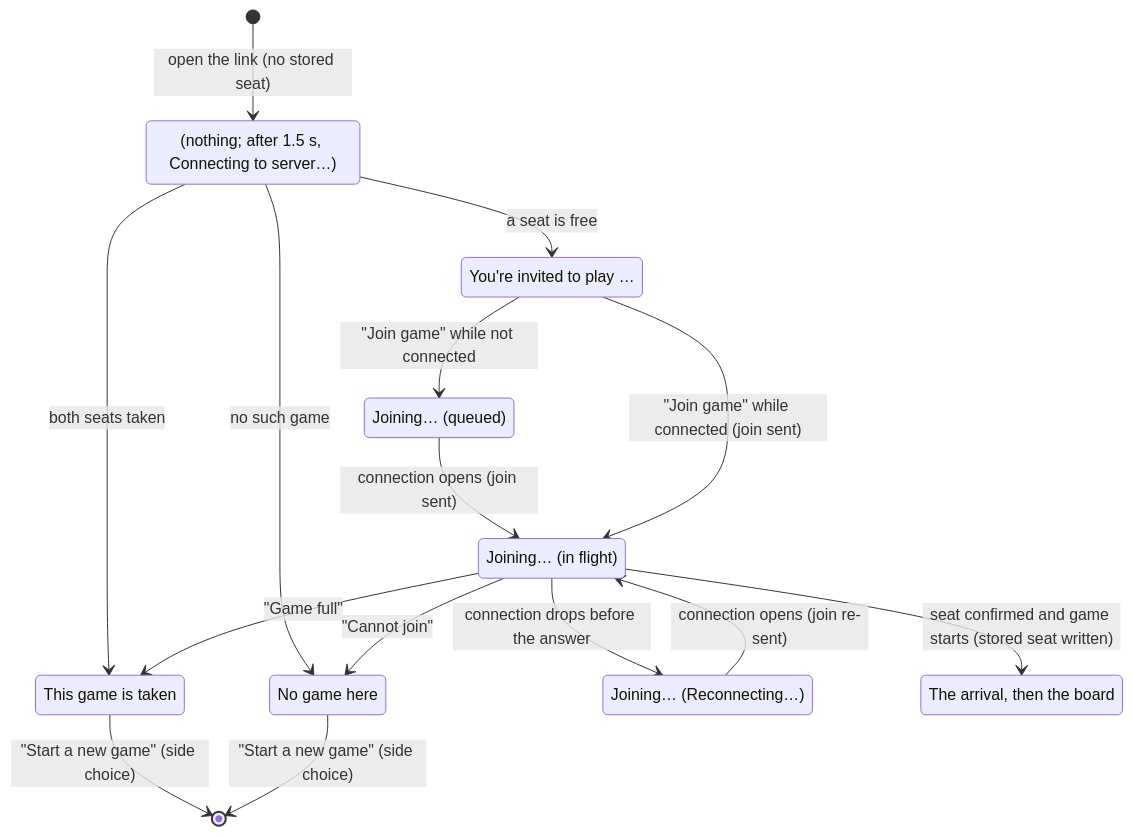
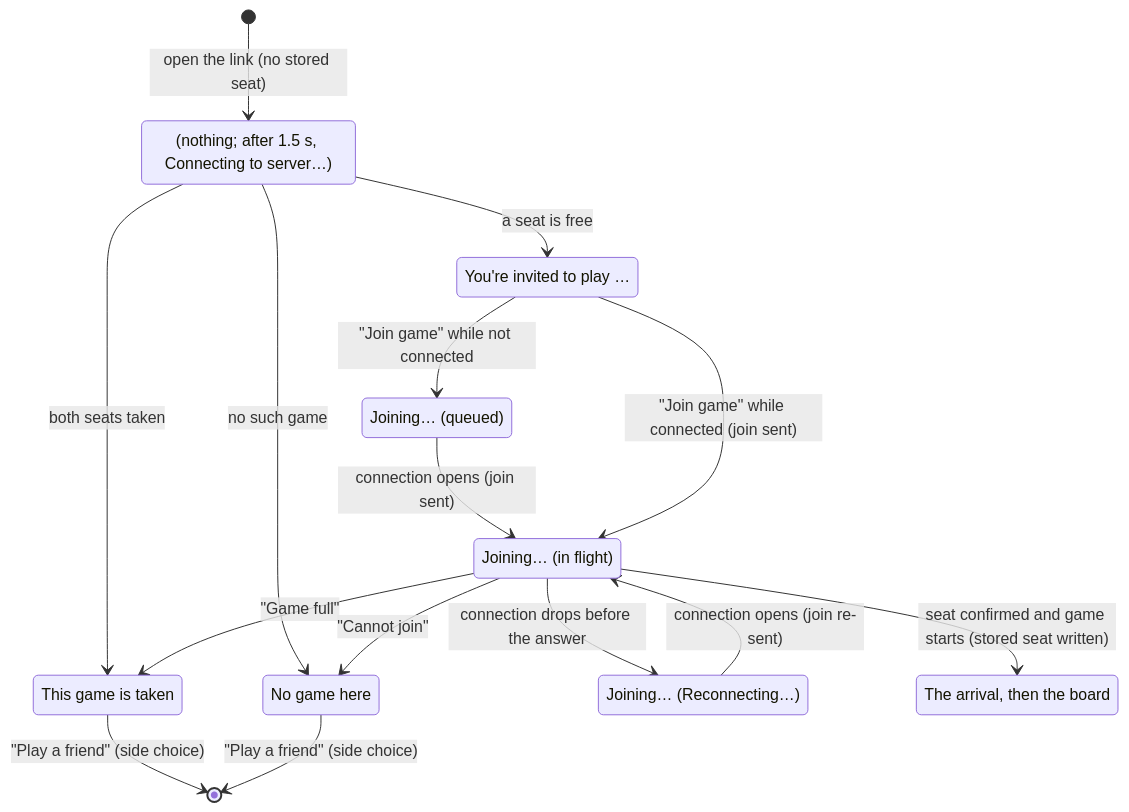
The diagram in product-description/start/joining-a-game.md (howard36/3d-chess), drawn with Mermaid before and after one commit. The commit also changed other lines of this file and 38 other files, not shown here.

````diff
--- a/product-description/start/joining-a-game.md
+++ b/product-description/start/joining-a-game.md
@@ -17,25 +17,25 @@
 ```mermaid
 stateDiagram-v2
     state "(nothing; after 1.5 s, Connecting to server…)" as opening
     state "You're invited to play …" as open
     state "This game is taken" as full
     state "No game here" as gone
     state "Joining… (queued)" as queued
     state "Joining… (in flight)" as flight
     state "Joining… (Reconnecting…)" as recon
     state "The arrival, then the board" as board
     [*] --> opening : open the link (no stored seat)
     opening --> open : a seat is free
     opening --> full : both seats taken
     opening --> gone : no such game
     open --> queued : "Join game" while not connected
     queued --> flight : connection opens (join sent)
     open --> flight : "Join game" while connected (join sent)
     flight --> board : seat confirmed and game starts (stored seat written)
     flight --> full : "Game full"
     flight --> gone : "Cannot join"
     flight --> recon : connection drops before the answer
     recon --> flight : connection opens (join re-sent)
-    full --> [*] : "Start a new game" (side choice)
-    gone --> [*] : "Start a new game" (side choice)
+    full --> [*] : "Play a friend" (side choice)
+    gone --> [*] : "Play a friend" (side choice)
 ```
````
